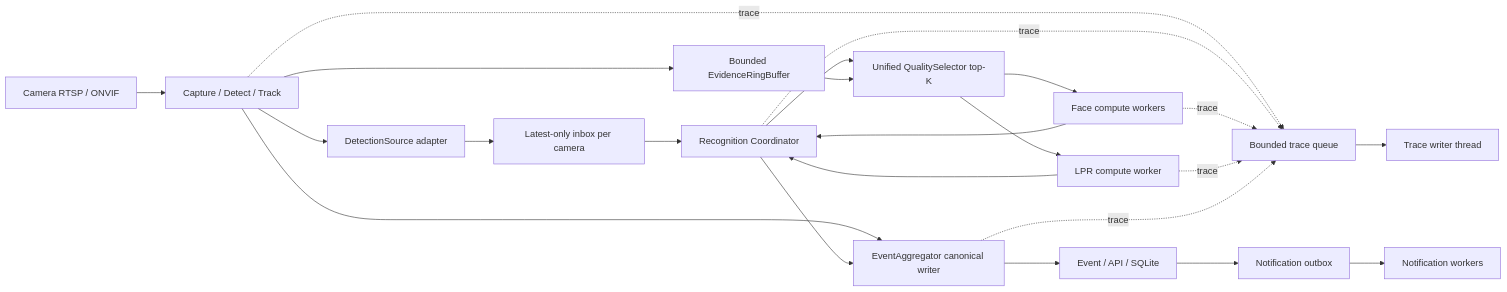
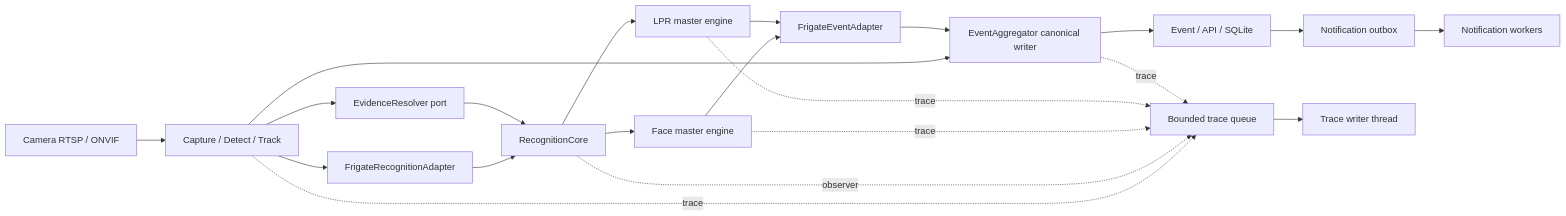
One commit to Kira7dn/ComputerVision changed the diagram in docs/architecture/Platform.md. Above: the diagram before and after it, drawn with Mermaid. The commit also changed other lines of this file, not shown here.

Commit message:
docs: restructure recognition roadmap

````diff
--- a/docs/architecture/Platform.md
+++ b/docs/architecture/Platform.md
@@ -87,32 +89,30 @@
 ```mermaid
 flowchart LR
     Camera[Camera RTSP / ONVIF]
     Detect[Capture / Detect / Track]
-    Source[DetectionSource adapter]
-    Inbox[Latest-only inbox per camera]
-    Coordinator[Recognition Coordinator]
-    Evidence[Bounded EvidenceRingBuffer]
-    Selector[Unified QualitySelector top-K]
-    Face[Face compute workers]
-    LPR[LPR compute worker]
+    Adapter[FrigateRecognitionAdapter]
+    Core[RecognitionCore]
+    Evidence[EvidenceResolver port]
+    Face[Face master engine]
+    LPR[LPR master engine]
+    EventAdapter[FrigateEventAdapter]
     Event[EventAggregator canonical writer]
     Database[Event / API / SQLite]
     Outbox[Notification outbox]
     Notify[Notification workers]
     TraceQueue[Bounded trace queue]
     TraceWriter[Trace writer thread]
 
-    Camera --> Detect --> Source --> Inbox --> Coordinator
+    Camera --> Detect --> Adapter --> Core
     Detect --> Evidence
     Detect --> Event
-    Coordinator --> Selector
-    Evidence --> Selector
-    Selector --> Face --> Coordinator
-    Selector --> LPR --> Coordinator
-    Coordinator --> Event --> Database --> Outbox --> Notify
+    Evidence --> Core
+    Core --> Face --> EventAdapter
+    Core --> LPR --> EventAdapter
+    EventAdapter --> Event --> Database --> Outbox --> Notify
     Detect -. trace .-> TraceQueue
-    Coordinator -. trace .-> TraceQueue
+    Core -. observer .-> TraceQueue
     Face -. trace .-> TraceQueue
     LPR -. trace .-> TraceQueue
     Event -. trace .-> TraceQueue --> TraceWriter
 ```
````
